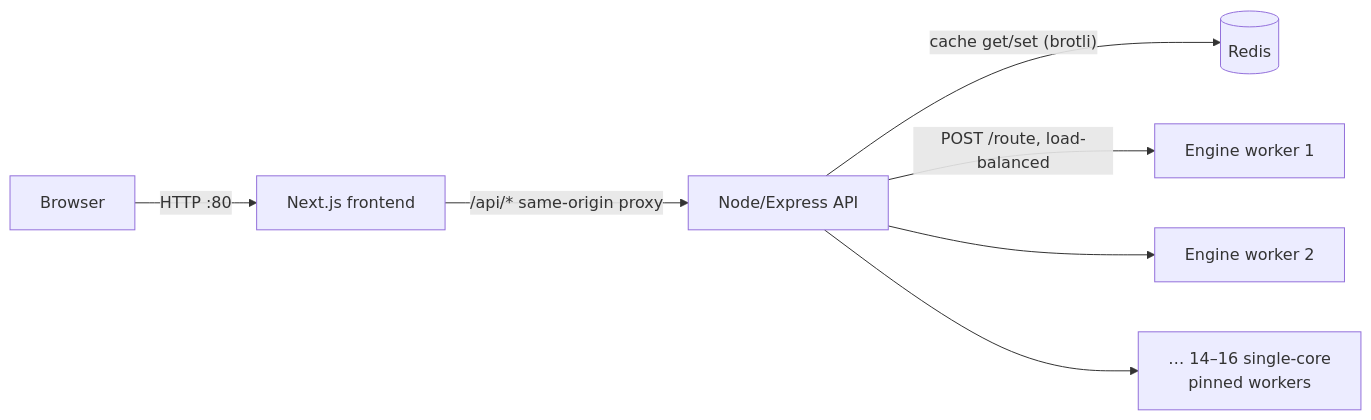
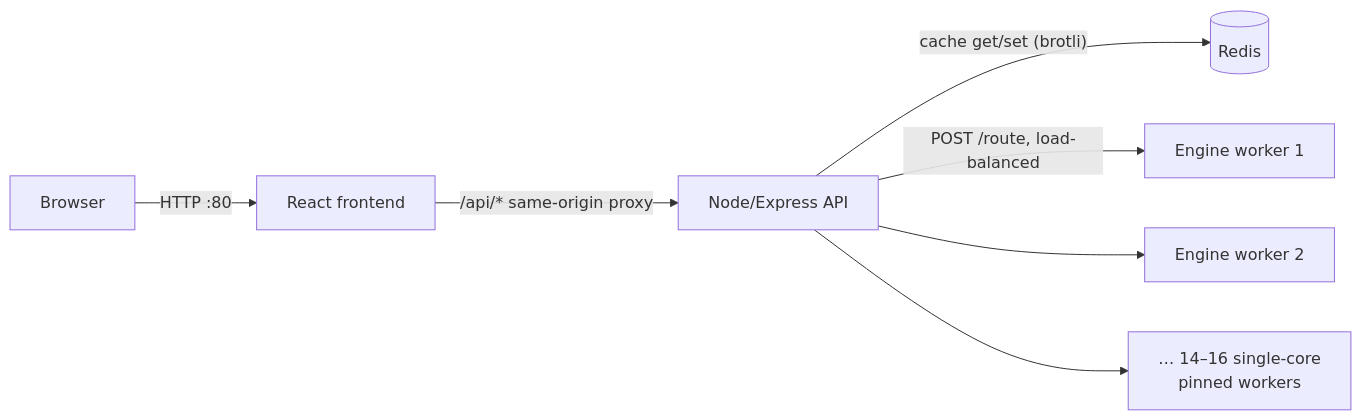
The diagram in results/distributed-benchmarks.md (Omkargaddi/Rapid_rails), drawn with Mermaid before and after one commit. The commit also changed other lines of this file and 31 other files, not shown here.

````diff
--- a/results/distributed-benchmarks.md
+++ b/results/distributed-benchmarks.md
@@ -13,9 +13,9 @@
 ```mermaid
 flowchart LR
-    Browser -->|"HTTP :80"| FE["Next.js frontend"]
+    Browser -->|"HTTP :80"| FE["React frontend"]
     FE -->|"/api/* same-origin proxy"| API["Node/Express API"]
     API -->|"cache get/set (brotli)"| REDIS[("Redis")]
     API -->|"POST /route, load-balanced"| W1["Engine worker 1"]
     API --> W2["Engine worker 2"]
     API --> Wn["… 14–16 single-core<br/>pinned workers"]
 ```
````
